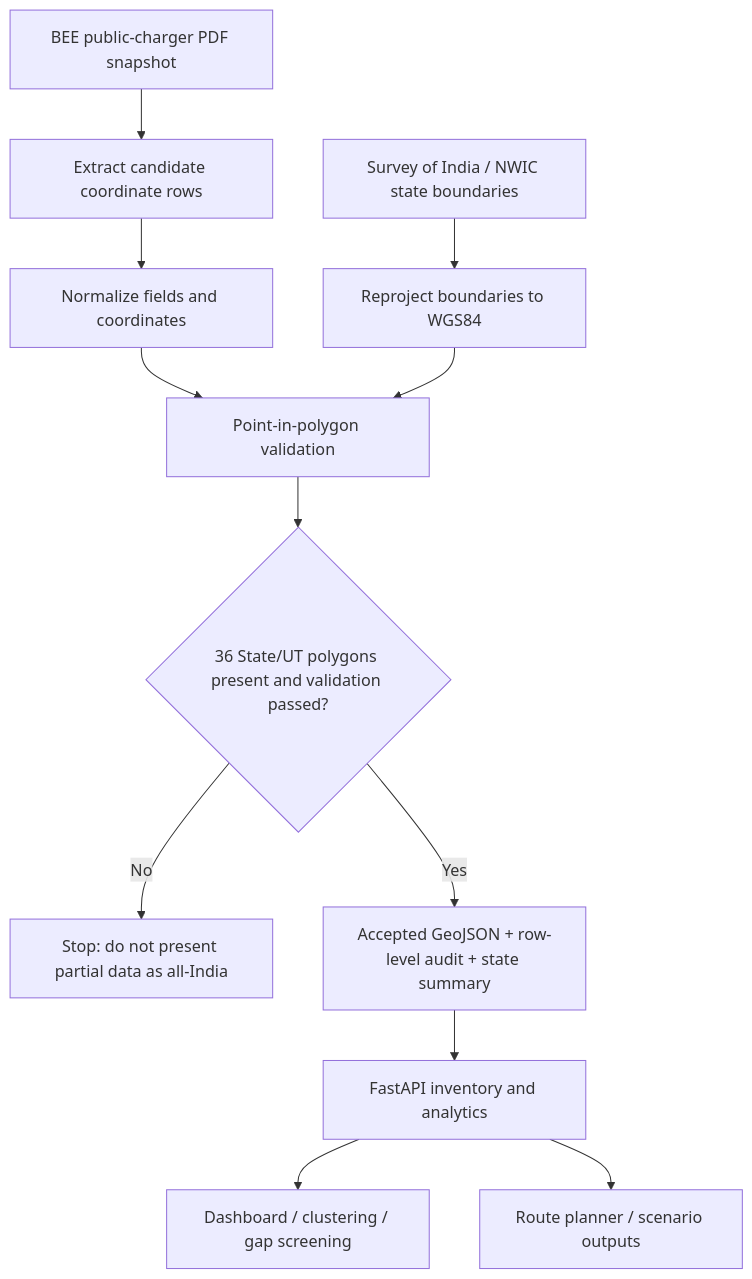
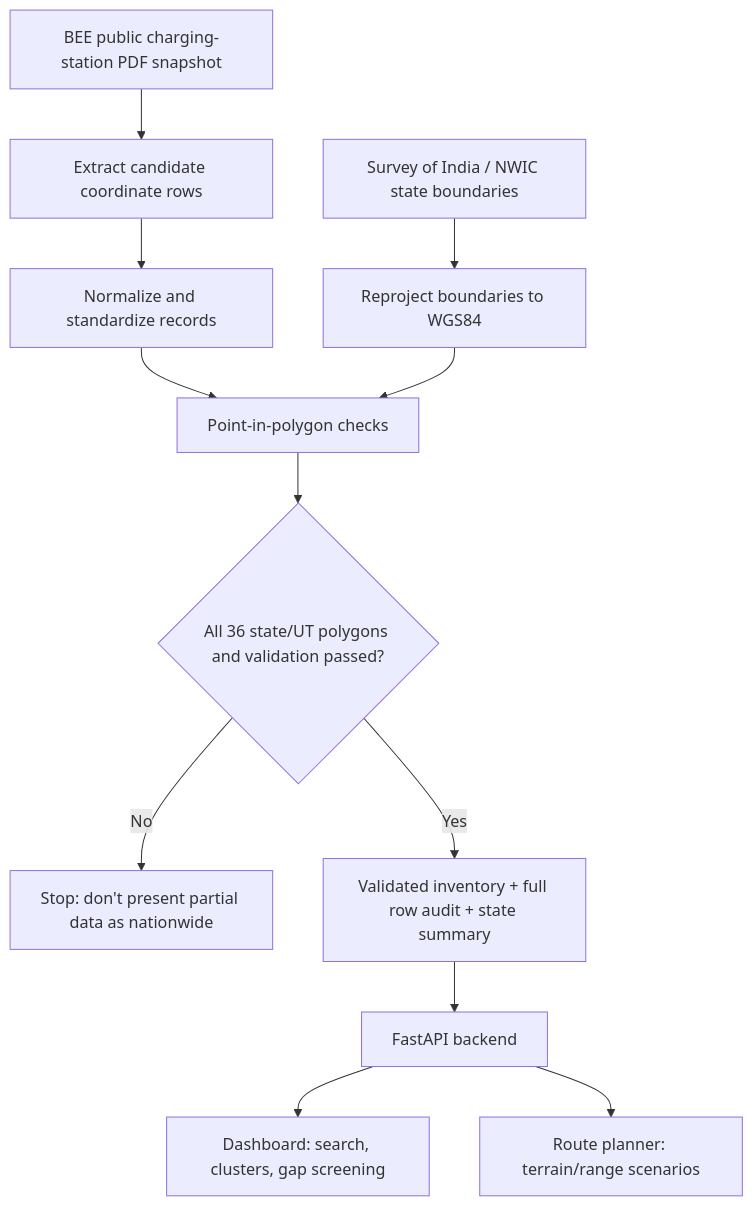
One commit to AnshXGrind/ev-proje changed the first of 2 diagrams in readme.md. Above: the diagram before and after it, drawn with Mermaid. The commit also changed other lines of this file, not shown here.

Commit message:
docs: improve GRIDPULSE README flow and fresh-clone guidance

````diff
--- a/readme.md
+++ b/readme.md
@@ -25,14 +25,14 @@
 ```mermaid
 flowchart TD
-    A["BEE public-charger PDF snapshot"] --> B["Extract candidate coordinate rows"]
-    B --> C["Normalize fields and coordinates"]
+    A["BEE public charging-station PDF snapshot"] --> B["Extract candidate coordinate rows"]
+    B --> C["Normalize and standardize records"]
     D["Survey of India / NWIC state boundaries"] --> E["Reproject boundaries to WGS84"]
-    C --> F["Point-in-polygon validation"]
+    C --> F["Point-in-polygon checks"]
     E --> F
-    F --> G{"36 State/UT polygons present and validation passed?"}
-    G -- "No" --> H["Stop: do not present partial data as all-India"]
-    G -- "Yes" --> I["Accepted GeoJSON + row-level audit + state summary"]
-    I --> J["FastAPI inventory and analytics"]
-    J --> K["Dashboard / clustering / gap screening"]
-    J --> L["Route planner / scenario outputs"]
+    F --> G{"All 36 state/UT polygons and validation passed?"}
+    G -- "No" --> H["Stop: don't present partial data as nationwide"]
+    G -- "Yes" --> I["Validated inventory + full row audit + state summary"]
+    I --> J["FastAPI backend"]
+    J --> K["Dashboard: search, clusters, gap screening"]
+    J --> L["Route planner: terrain/range scenarios"]
 ```
````
